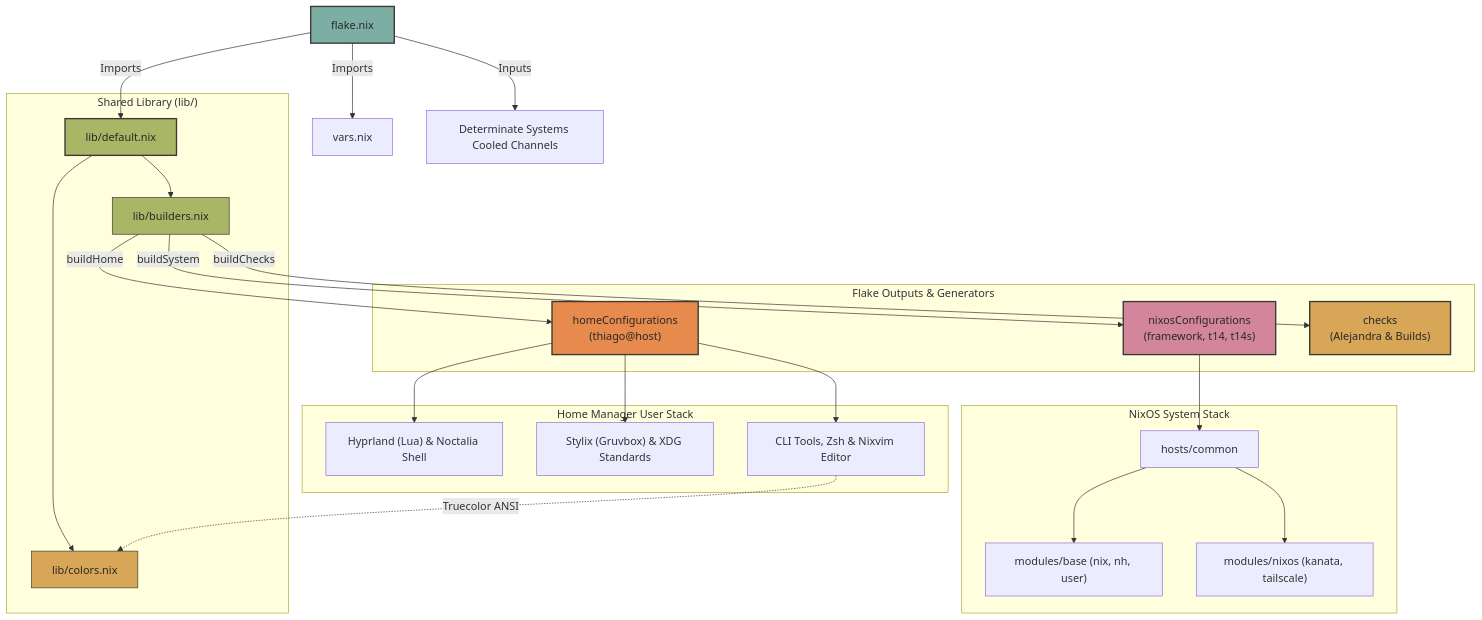
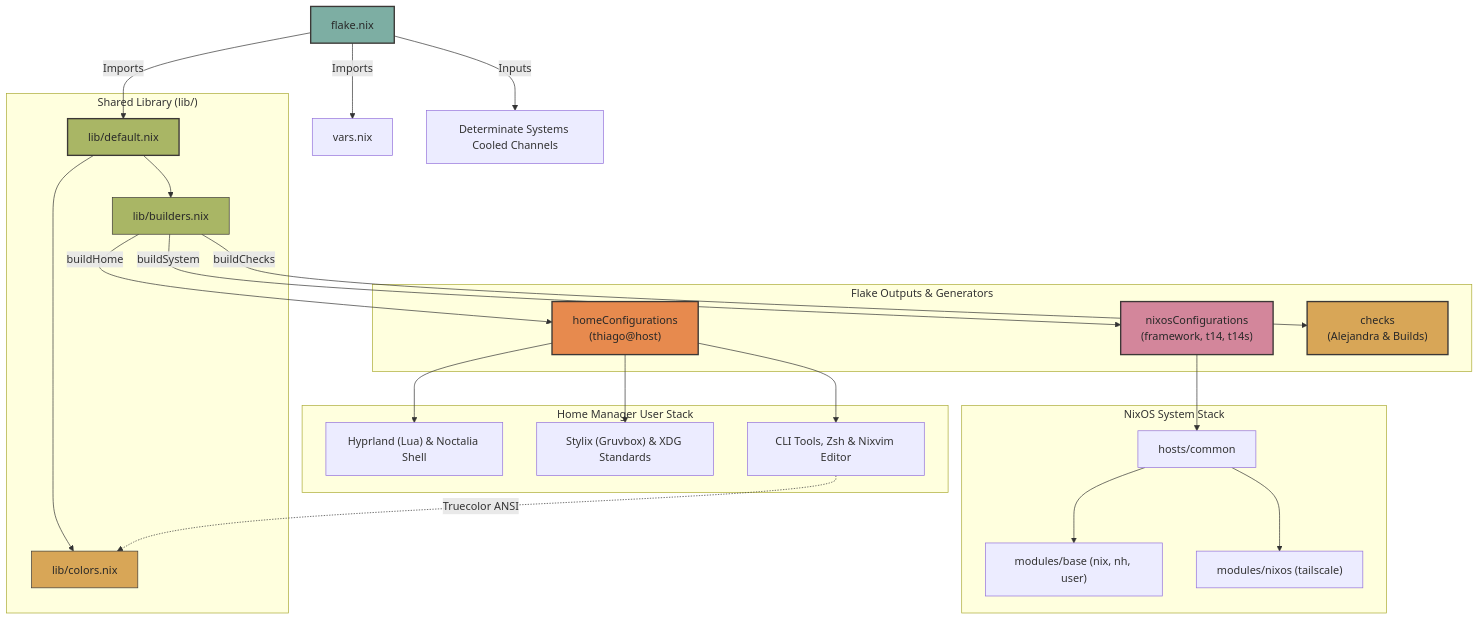
Before and after one commit to thiagokimo/nix-config: the diagram in README.md, drawn with Mermaid. The commit also changed other lines of this file and 3 other files, not shown here.

````diff
--- a/README.md
+++ b/README.md
@@ -70,38 +70,38 @@
 ```mermaid
 graph TD
     Flake["flake.nix"] -->|Imports| Vars["vars.nix"]
     Flake -->|Imports| Lib["lib/default.nix"]
     Flake -->|Inputs| DetSys["Determinate Systems Cooled Channels"]
 
     subgraph CustomLib ["Shared Library (lib/)"]
         Lib --> Builders["lib/builders.nix"]
         Lib --> Colors["lib/colors.nix"]
     end
 
     subgraph Generators ["Flake Outputs & Generators"]
         Builders -->|buildSystem| NixOS["nixosConfigurations<br/>(framework, t14, t14s)"]
         Builders -->|buildHome| HomeM["homeConfigurations<br/>(thiago@host)"]
         Builders -->|buildChecks| Checks["checks<br/>(Alejandra & Builds)"]
     end
 
     subgraph NixOSStack ["NixOS System Stack"]
         NixOS --> Common["hosts/common"]
         Common --> Base["modules/base (nix, nh, user)"]
-        Common --> Services["modules/nixos (kanata, tailscale)"]
+        Common --> Services["modules/nixos (tailscale)"]
     end
 
     subgraph HMStack ["Home Manager User Stack"]
         HomeM --> Desktop["Hyprland (Lua) & Noctalia Shell"]
         HomeM --> Theming["Stylix (Gruvbox) & XDG Standards"]
         HomeM --> CLI["CLI Tools, Zsh & Nixvim Editor"]
         CLI -.->|Truecolor ANSI| Colors
     end
 
     style Flake fill:#7daea3,stroke:#3c3836,stroke-width:2px,color:#282828
     style Lib fill:#a9b665,stroke:#3c3836,stroke-width:2px,color:#282828
     style Builders fill:#a9b665,stroke:#3c3836,stroke-width:1px,color:#282828
     style Colors fill:#d8a657,stroke:#3c3836,stroke-width:1px,color:#282828
     style NixOS fill:#d3869b,stroke:#3c3836,stroke-width:2px,color:#282828
     style HomeM fill:#e78a4e,stroke:#3c3836,stroke-width:2px,color:#282828
     style Checks fill:#d8a657,stroke:#3c3836,stroke-width:2px,color:#282828
 ```
````
